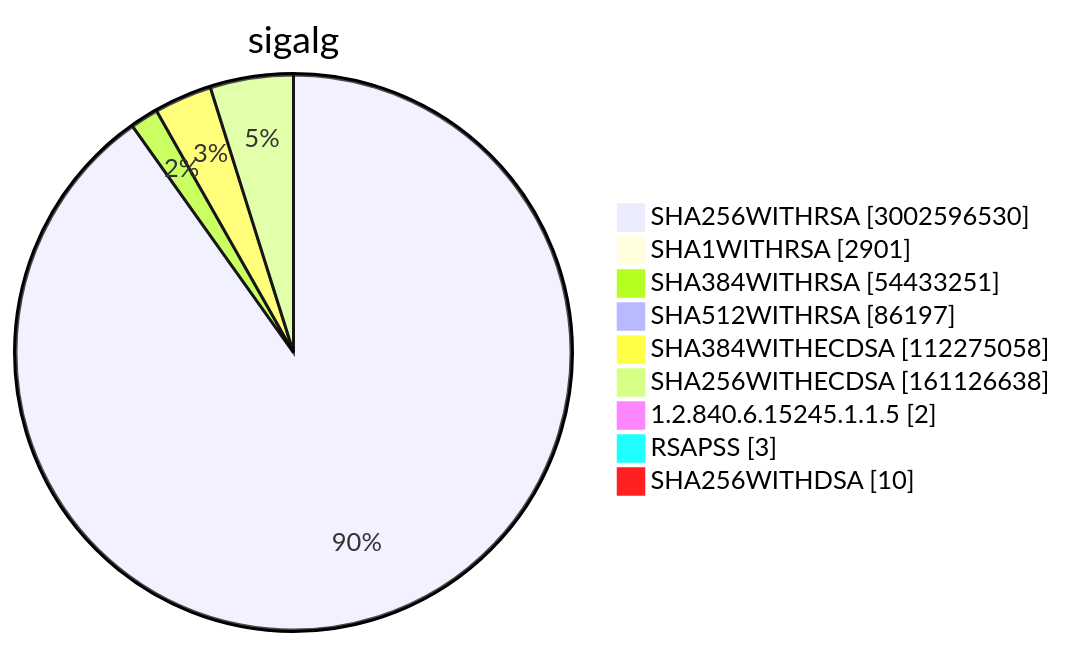
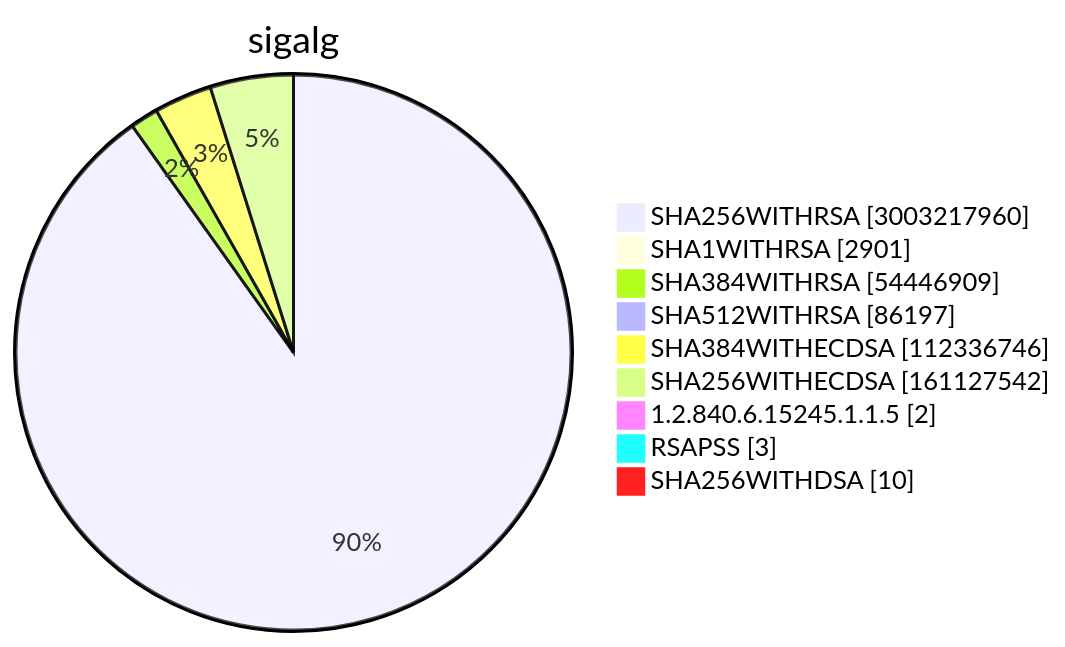
Diagram 15 of 15 in TOTAL/README.md (christiankrug/ctmonitor_visualization), drawn with Mermaid before and after one commit. The commit also changed other lines of this file, not shown here.

````diff
--- a/TOTAL/README.md
+++ b/TOTAL/README.md
@@ -6208,13 +6208,13 @@
 ```mermaid
 pie showData
 title sigalg
-"SHA256WITHRSA" :3002596530
+"SHA256WITHRSA" :3003217960
 "SHA1WITHRSA" :2901
-"SHA384WITHRSA" :54433251
+"SHA384WITHRSA" :54446909
 "SHA512WITHRSA" :86197
-"SHA384WITHECDSA" :112275058
-"SHA256WITHECDSA" :161126638
+"SHA384WITHECDSA" :112336746
+"SHA256WITHECDSA" :161127542
 "1.2.840.6.15245.1.1.5" :2
 "RSAPSS" :3
 "SHA256WITHDSA" :10
 ```
````
